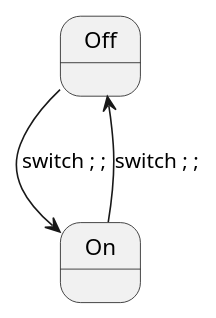
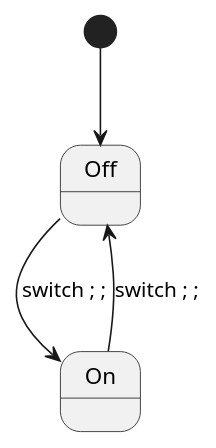
Before and after one commit to Kuniwak/puml-parallel: the diagram in examples/valid/test_input2.puml, drawn with PlantUML. The commit also changed 7 other files, not shown here.

```diff
--- a/examples/valid/test_input2.puml
+++ b/examples/valid/test_input2.puml
@@ -1,6 +1,7 @@
 @startuml
 state "Off" as off
 state "On" as on
+[*] --> off
 off --> on : switch ; ; 
 on --> off : switch ; ; 
 @enduml
```
